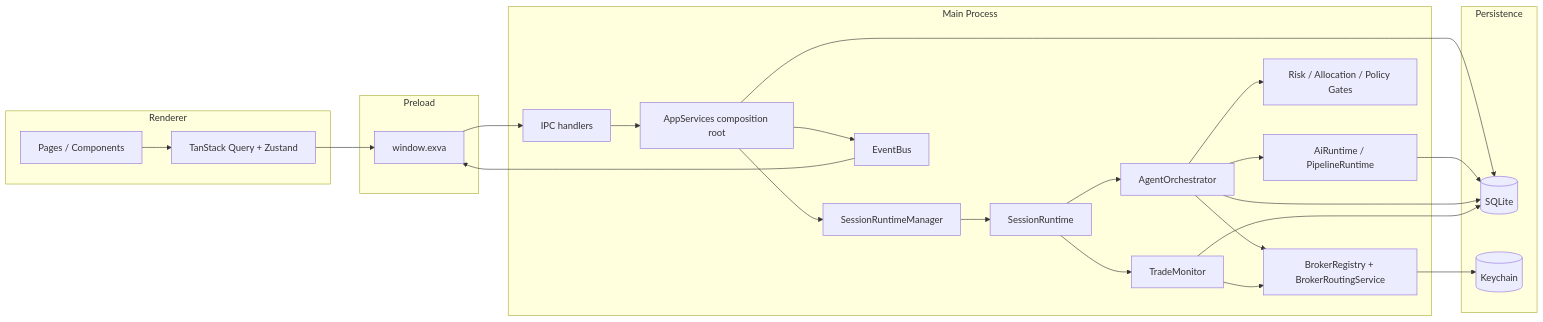
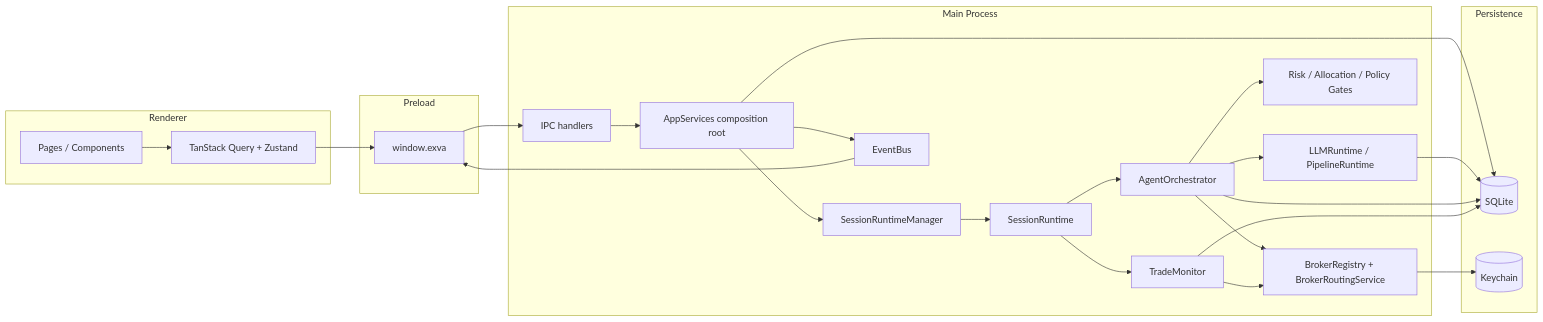
One commit to KennethAtchon/Exva changed the second of 16 diagrams in docs/architecture/ai-runtime.md. Above: the diagram before and after it, drawn with Mermaid. The commit also changed other lines of this file and 206 other files, not shown here.

````diff
--- a/docs/architecture/ai-runtime.md
+++ b/docs/architecture/ai-runtime.md
@@ -86,40 +86,40 @@
 ```mermaid
 graph LR
     subgraph Renderer["Renderer"]
         UI["Pages / Components"]
         Stores["TanStack Query + Zustand"]
     end
     subgraph Preload["Preload"]
         API["window.exva"]
     end
     subgraph Main["Main Process"]
         IPC["IPC handlers"]
         Services["AppServices composition root"]
         SRM["SessionRuntimeManager"]
         Runtime["SessionRuntime"]
         AO["AgentOrchestrator"]
         TM["TradeMonitor"]
-        AIR["AiRuntime / PipelineRuntime"]
+        AIR["LLMRuntime / PipelineRuntime"]
         Gates["Risk / Allocation / Policy Gates"]
         Broker["BrokerRegistry + BrokerRoutingService"]
         EB["EventBus"]
     end
     subgraph Persistence["Persistence"]
         SQLite[("SQLite")]
         Keychain[("Keychain")]
     end
 
     UI --> Stores --> API --> IPC --> Services
     Services --> SRM --> Runtime
     Runtime --> AO --> AIR
     Runtime --> TM
     AO --> Gates
     AO --> Broker
     TM --> Broker
     Services --> SQLite
     AIR --> SQLite
     AO --> SQLite
     TM --> SQLite
     Broker --> Keychain
     Services --> EB --> API
 ```
````
